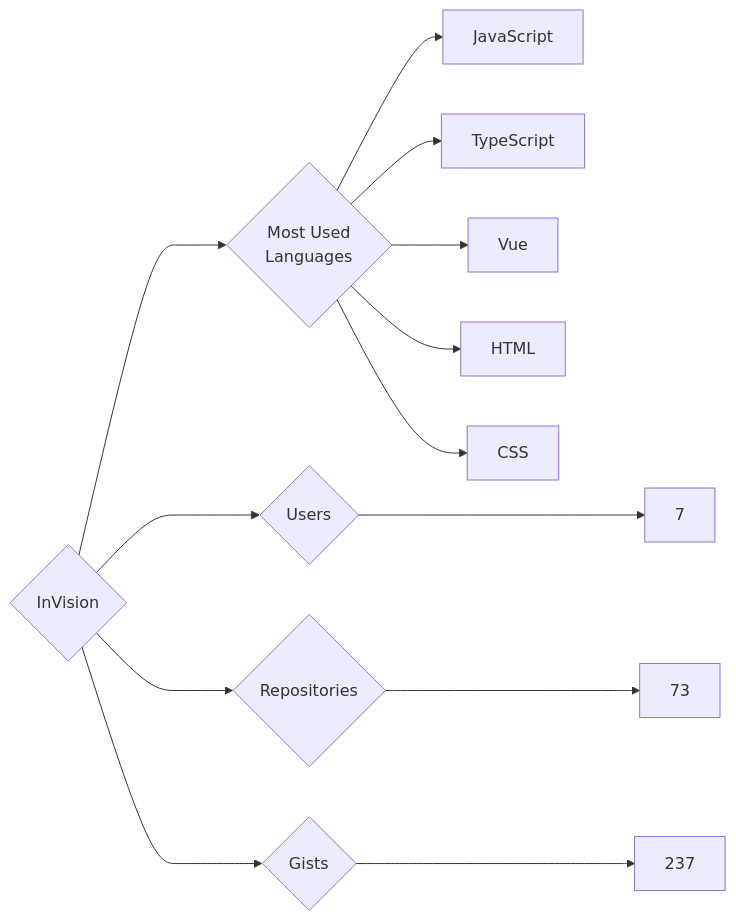
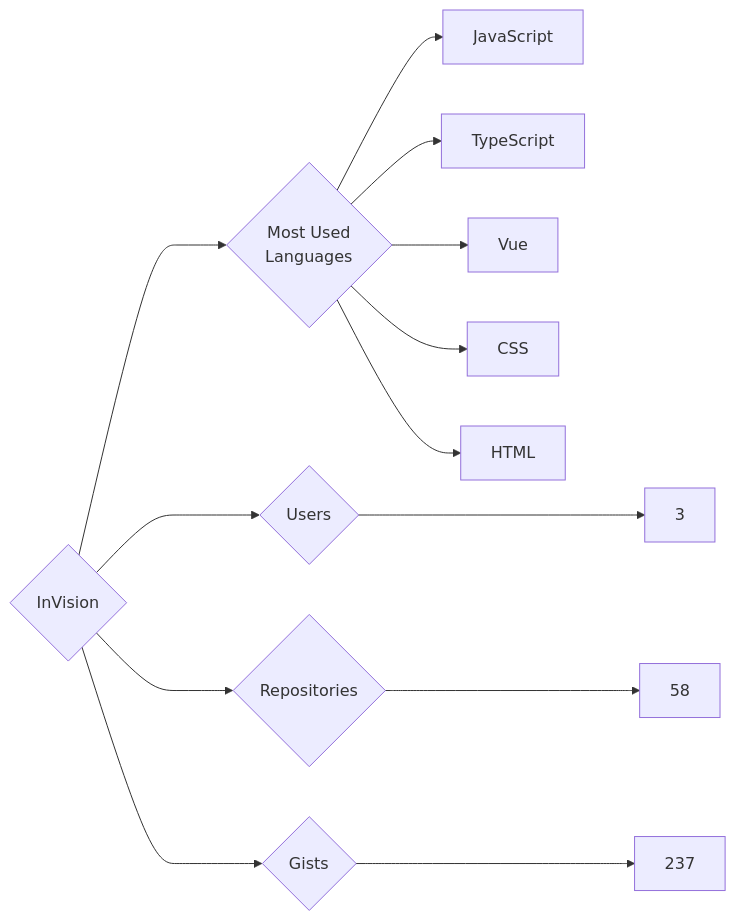
One commit to trickest/insiders changed the diagram in targets/InVision/README.md. Above: the diagram before and after it, drawn with Mermaid. The commit also changed 682 other files, not shown here.

````diff
--- a/targets/InVision/README.md
+++ b/targets/InVision/README.md
@@ -3,13 +3,13 @@
 ```mermaid
 graph LR
 COMPANY_NAME{InVision}
-COMPANY_NAME ---> U{Users} ---> UN[7]
-COMPANY_NAME ---> R{Repositories} ---> RN[73]
+COMPANY_NAME ---> U{Users} ---> UN[3]
+COMPANY_NAME ---> R{Repositories} ---> RN[58]
 COMPANY_NAME ---> G{Gists} ---> GN[237]
 COMPANY_NAME ---> ML{Most Used<br>Languages}
 ML --> JavaScript[JavaScript]
 ML --> TypeScript[TypeScript]
 ML --> Vue[Vue]
+ML --> CSS[CSS]
 ML --> HTML[HTML]
-ML --> CSS[CSS]
 ```
````
